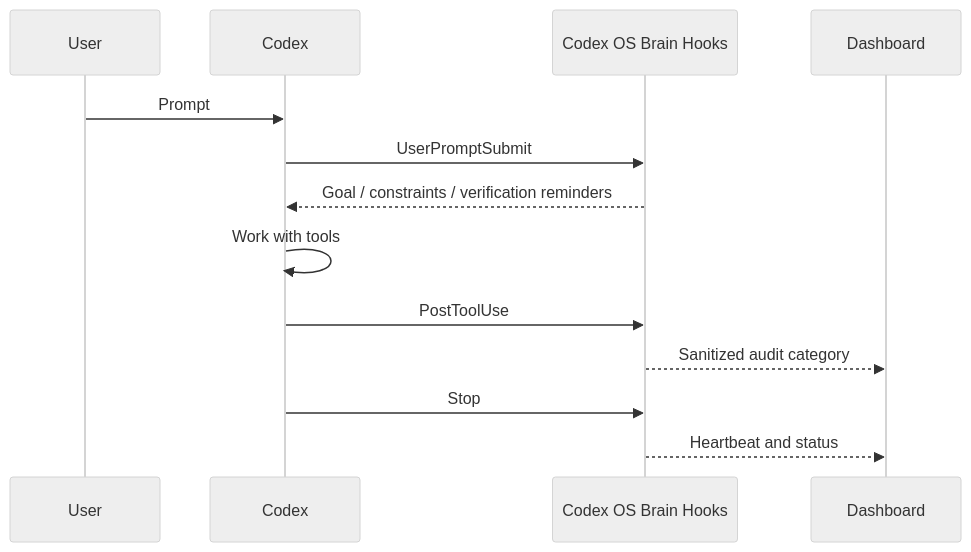
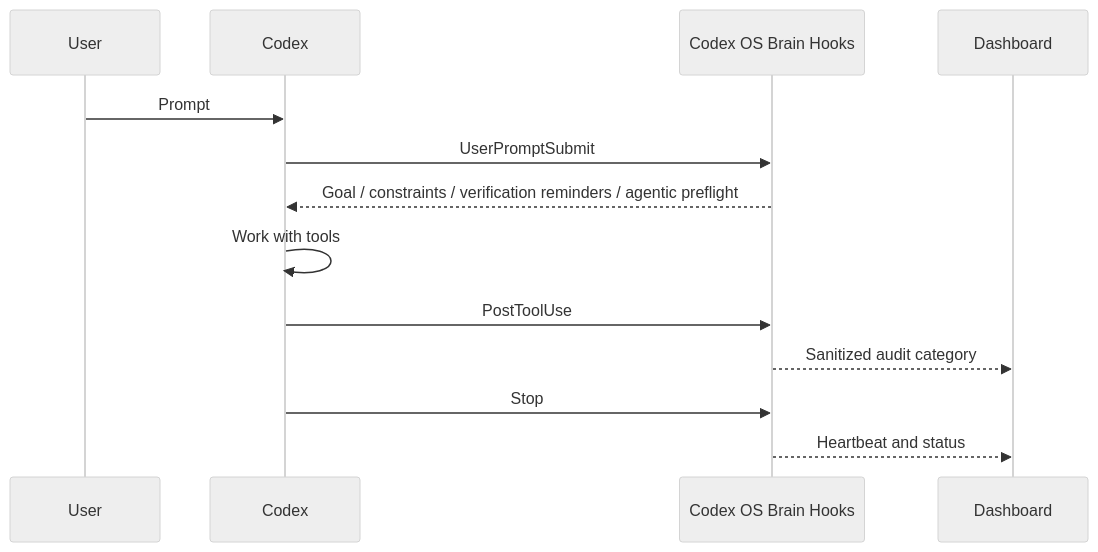
One commit to liuanye9-lab/codex-os-brain changed the second of 3 diagrams in README.md. Above: the diagram before and after it, drawn with Mermaid (neutral theme). The commit also changed other lines of this file and 13 other files, not shown here.

````diff
--- a/README.md
+++ b/README.md
@@ -77,16 +81,16 @@
 ```mermaid
 sequenceDiagram
   participant U as User
   participant C as Codex
   participant H as Codex OS Brain Hooks
   participant D as Dashboard
 
   U->>C: Prompt
   C->>H: UserPromptSubmit
-  H-->>C: Goal / constraints / verification reminders
+  H-->>C: Goal / constraints / verification reminders / agentic preflight
   C->>C: Work with tools
   C->>H: PostToolUse
   H-->>D: Sanitized audit category
   C->>H: Stop
   H-->>D: Heartbeat and status
 ```
````
